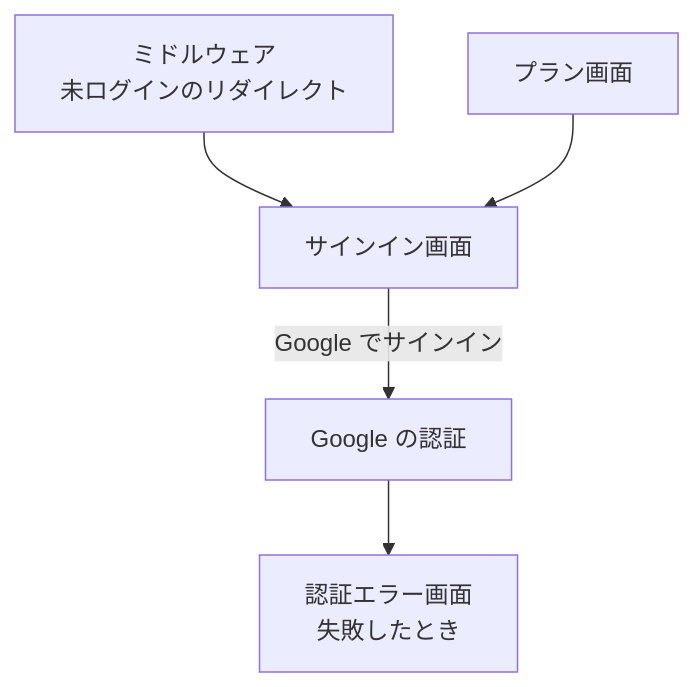
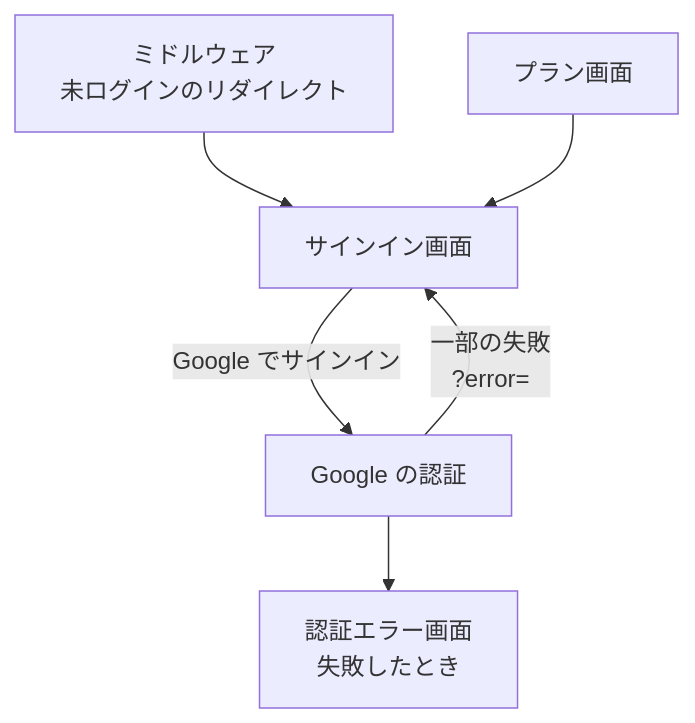
One commit to nagiyu/nagiyu-platform changed the diagram in docs/specs/auth/screen/signin.md. Above: the diagram before and after it, drawn with Mermaid. The commit also changed other lines of this file and 2 other files, not shown here.

````diff
--- a/docs/specs/auth/screen/signin.md
+++ b/docs/specs/auth/screen/signin.md
@@ -74,7 +103,8 @@
 ```mermaid
 flowchart TD
     M[ミドルウェア<br/>未ログインのリダイレクト] --> S[サインイン画面]
     P[プラン画面] --> S
     S -->|Google でサインイン| G[Google の認証]
     G --> E[認証エラー画面<br/>失敗したとき]
+    G -->|一部の失敗<br/>?error=| S
 ```
````
